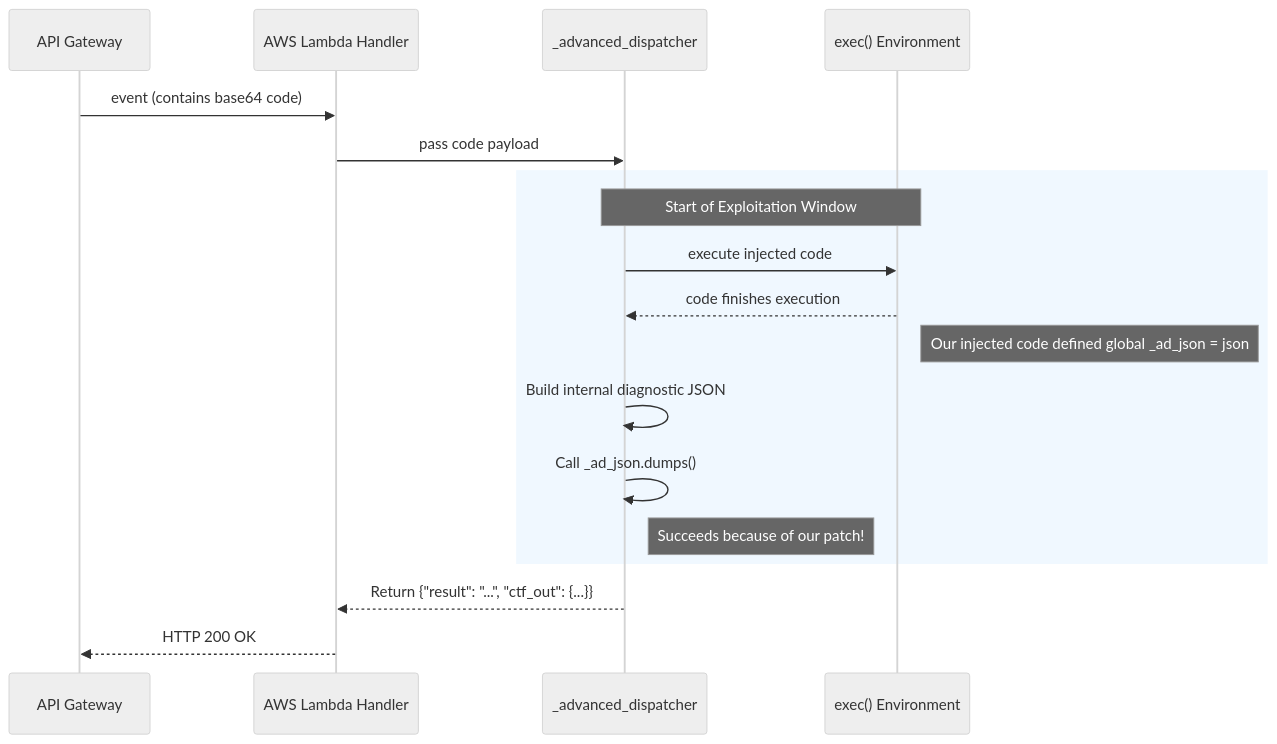
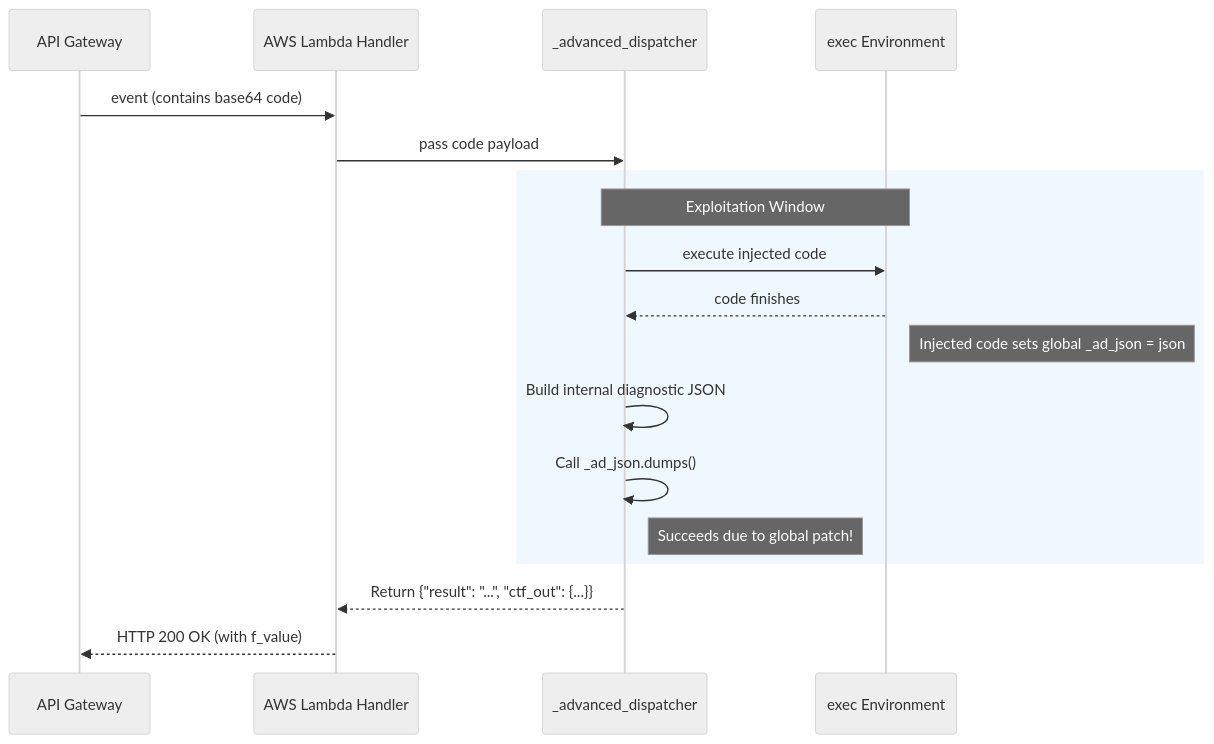
One commit to FREECANDY-DEV/MAFAT-2026 changed the seventh of 9 diagrams in cloud-escape/Stage_2_Comprehensive_Writeup.md. Above: the diagram before and after it, drawn with Mermaid (neutral theme). The commit also changed other lines of this file, not shown here.

Commit message:
Update Stage 2 writeup with complete technical details, code snippets, and Mermaid diagrams

````diff
--- a/cloud-escape/Stage_2_Comprehensive_Writeup.md
+++ b/cloud-escape/Stage_2_Comprehensive_Writeup.md
@@ -638,24 +597,24 @@
 ```mermaid
 sequenceDiagram
     participant API as API Gateway
     participant Handler as AWS Lambda Handler
     participant Wrapper as _advanced_dispatcher
-    participant Exec as exec() Environment
+    participant Exec as exec Environment
     
     API->>Handler: event (contains base64 code)
     Handler->>Wrapper: pass code payload
     
     rect rgb(240, 248, 255)
-    Note over Wrapper, Exec: Start of Exploitation Window
+    Note over Wrapper, Exec: Exploitation Window
     Wrapper->>Exec: execute injected code
-    Exec-->>Wrapper: code finishes execution
-    Note right of Exec: Our injected code defined global _ad_json = json
+    Exec-->>Wrapper: code finishes
+    Note right of Exec: Injected code sets global _ad_json = json
     
     Wrapper->>Wrapper: Build internal diagnostic JSON
     Wrapper->>Wrapper: Call _ad_json.dumps()
-    Note right of Wrapper: Succeeds because of our patch!
+    Note right of Wrapper: Succeeds due to global patch!
     end
     
     Wrapper-->>Handler: Return {"result": "...", "ctf_out": {...}}
-    Handler-->>API: HTTP 200 OK
+    Handler-->>API: HTTP 200 OK (with f_value)
 ```
````
